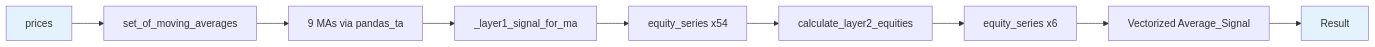
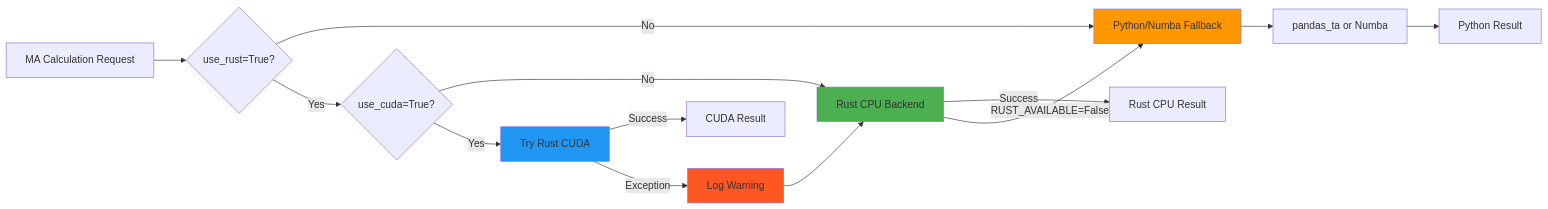
The second of 12 diagrams in modules/adaptive_trend_LTS/docs/optimization_flow_diagram.md (Nguyenthang2292/Sovereign-IQ), drawn with Mermaid before and after one commit. The commit also changed other lines of this file and 81 other files, not shown here.

````diff
--- a/modules/adaptive_trend_LTS/docs/optimization_flow_diagram.md
+++ b/modules/adaptive_trend_LTS/docs/optimization_flow_diagram.md
@@ -52,14 +67,25 @@
 ```mermaid
 graph LR
-    A[prices] --> B[set_of_moving_averages]
-    B --> C[9 MAs via pandas_ta]
-    C --> D[_layer1_signal_for_ma]
-    D --> E[equity_series x54]
-    E --> F[calculate_layer2_equities]
-    F --> G[equity_series x6]
-    G --> H[Vectorized Average_Signal]
-    H --> I[Result]
+    A[MA Calculation Request] --> B{use_rust=True?}
 
-    style A fill:#E3F2FD
-    style I fill:#E3F2FD
+    B -->|No| Z[Python/Numba Fallback]
+    B -->|Yes| C{use_cuda=True?}
+
+    C -->|No| Y[Rust CPU Backend]
+    C -->|Yes| D[Try Rust CUDA]
+
+    D -->|Success| E[CUDA Result]
+    D -->|Exception| F[Log Warning]
+    F --> Y
+
+    Y -->|Success| G[Rust CPU Result]
+    Y -->|RUST_AVAILABLE=False| Z
+
+    Z --> H[pandas_ta or Numba]
+    H --> I[Python Result]
+
+    style D fill:#2196F3
+    style Y fill:#4CAF50
+    style Z fill:#FF9800
+    style F fill:#FF5722
 ```
````
